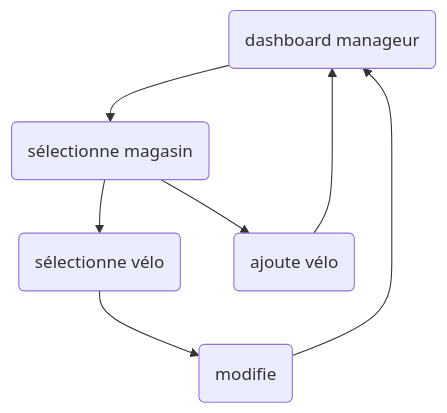
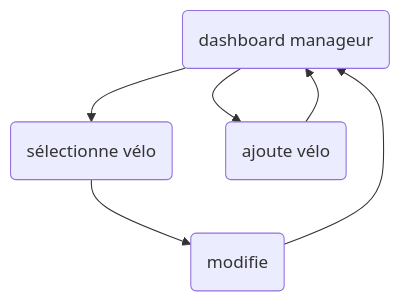
The third of 3 diagrams in dossier-analyse/04-scenarios.md (FrancisFigu/PANI_BikeshopApp), drawn with Mermaid before and after one commit.

`````diff
--- a/dossier-analyse/04-scenarios.md
+++ b/dossier-analyse/04-scenarios.md
@@ -80,11 +80,10 @@
 ````mermaid
  flowchart TB
     A(dashboard manageur)
-    -->B(sélectionne magasin)
-    B-->C(sélectionne vélo)
-    C-->D(modifie )
-    B-->F(ajoute vélo)
-    F-->A
-    D-->A
+    A-->B(sélectionne vélo)
+    A-->C(ajoute vélo)
+    B-->E(modifie)
+    C-->A
+    E-->A
 
 ````
`````
